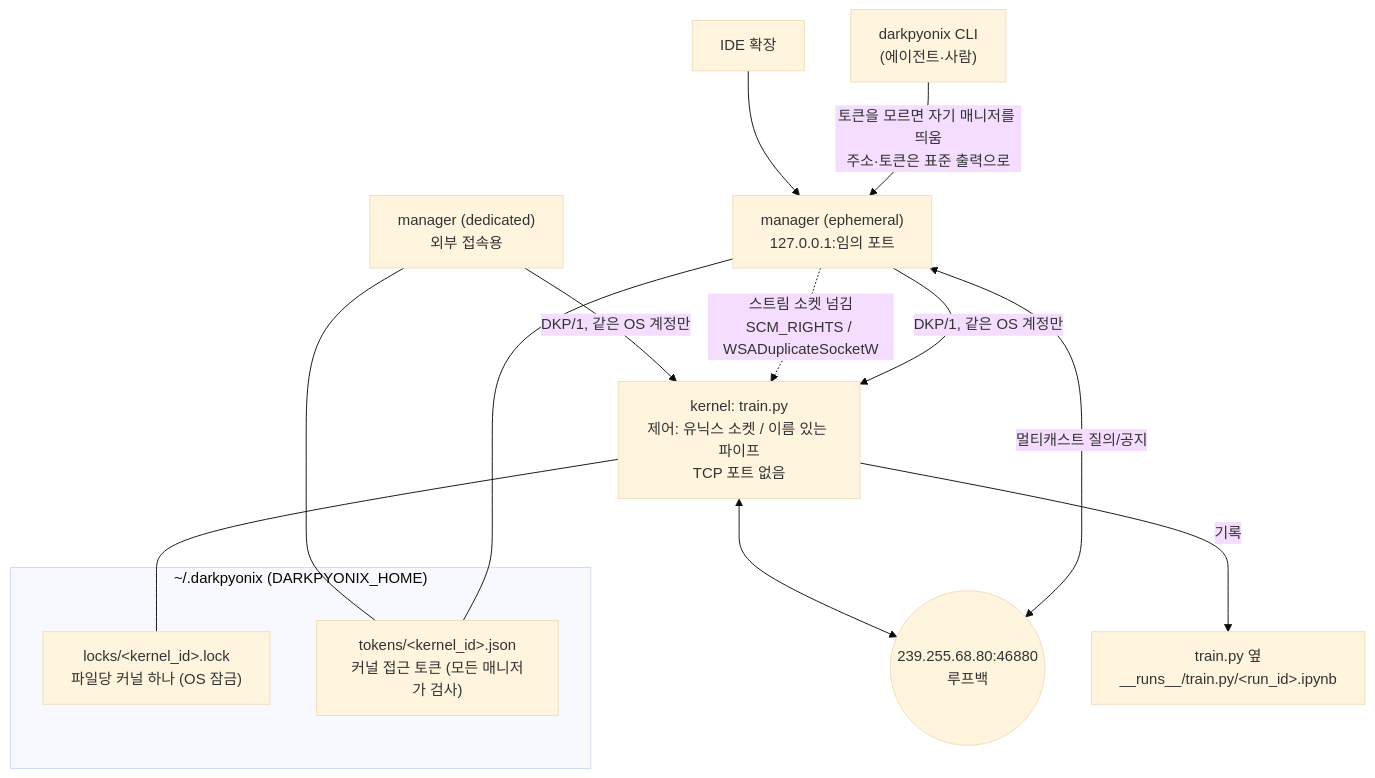
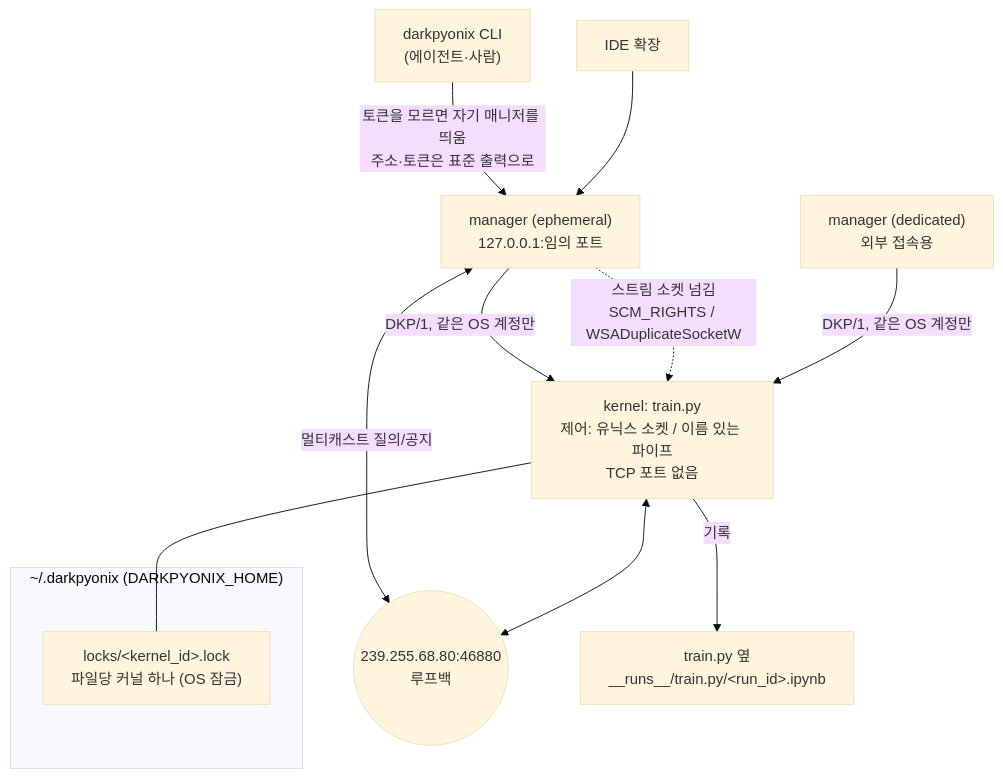
Before and after one commit to DarkPyonix/darkpyonix: the second of 6 diagrams in docs/ARCHITECTURE.md, drawn with Mermaid (base theme). The commit also changed other lines of this file and 6 other files, not shown here.

First line of the commit message:
Docs: The kernel holds its access tokens; managers ask it (D17, FR-A5, FR-A6, FR-K10, PR-7, Q16)

````diff
--- a/docs/ARCHITECTURE.md
+++ b/docs/ARCHITECTURE.md
@@ -64,21 +64,18 @@
 ```mermaid
 flowchart TB
   subgraph Home["~/.darkpyonix  (DARKPYONIX_HOME)"]
     LOCK["locks/&lt;kernel_id&gt;.lock<br/>파일당 커널 하나 (OS 잠금)"]
-    TOK["tokens/&lt;kernel_id&gt;.json<br/>커널 접근 토큰 (모든 매니저가 검사)"]
   end
 
   CLI["darkpyonix CLI<br/>(에이전트·사람)"] -->|토큰을 모르면 자기 매니저를 띄움<br/>주소·토큰은 표준 출력으로| M1
   IDE2["IDE 확장"] --> M1
   M1["manager (ephemeral)<br/>127.0.0.1:임의 포트"]
   M2["manager (dedicated)<br/>외부 접속용"]
   M1 -->|DKP/1, 같은 OS 계정만| K["kernel: train.py<br/>제어: 유닉스 소켓 / 이름 있는 파이프<br/>TCP 포트 없음"]
   M1 -.->|스트림 소켓 넘김<br/>SCM_RIGHTS / WSADuplicateSocketW| K
   M2 -->|DKP/1, 같은 OS 계정만| K
   M1 <-->|멀티캐스트 질의/공지| MC(("239.255.68.80:46880<br/>루프백"))
   K <--> MC
   K --- LOCK
-  M1 --- TOK
-  M2 --- TOK
   K -->|기록| RUNS["train.py 옆<br/>__runs__/train.py/&lt;run_id&gt;.ipynb"]
 ```
````
